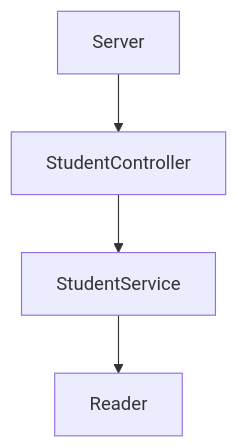
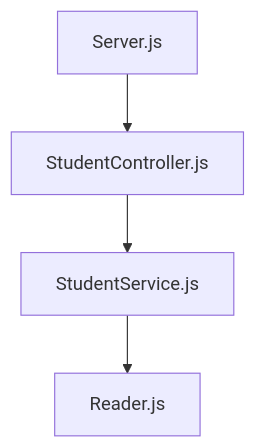
The first of 2 diagrams in README.md (FranciscoGomezSKD/VisualThinkingAPI), drawn with Mermaid before and after one commit. The commit also changed other lines of this file, not shown here.

````diff
--- a/README.md
+++ b/README.md
@@ -12,6 +6,6 @@
 ```mermaid
 flowchart TD
-    A[Server] --> B[StudentController]
-    B --> C[StudentService]
-    C --> D[Reader]
+    A[Server.js] --> B[StudentController.js]
+    B --> C[StudentService.js]
+    C --> D[Reader.js]
 ```
````
